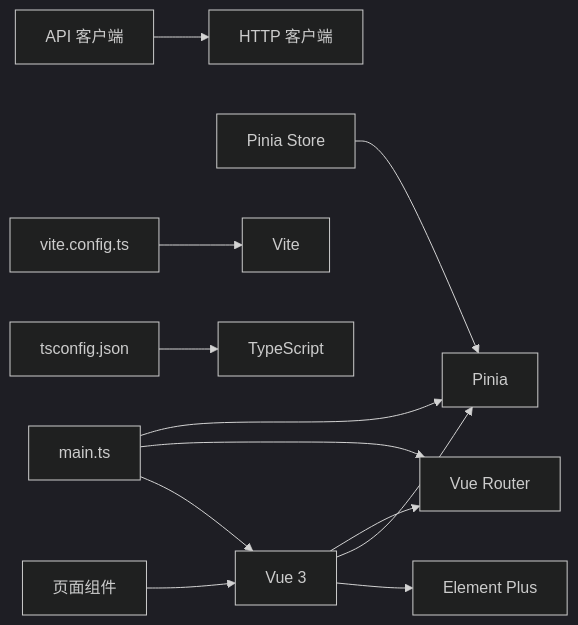
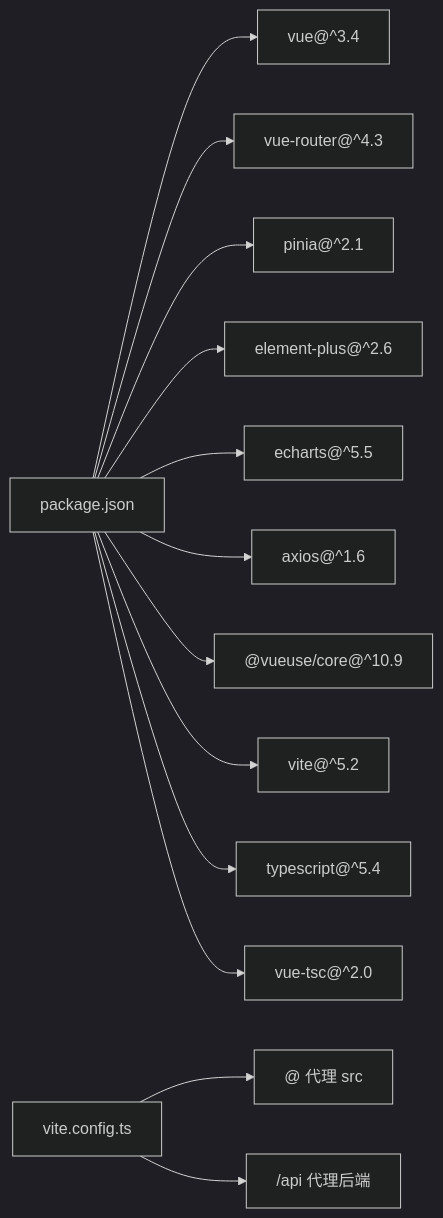
One commit to We3le7/stock-view changed the tenth of 10 diagrams in .qoder/repowiki/zh/content/前端开发/前端开发.md. Above: the diagram before and after it, drawn with Mermaid (dark theme). The commit also changed other lines of this file and 142 other files, not shown here.

````diff
--- a/.qoder/repowiki/zh/content/前端开发/前端开发.md
+++ b/.qoder/repowiki/zh/content/前端开发/前端开发.md
@@ -336,14 +384,15 @@
 ```mermaid
 graph LR
-VUE["Vue 3"] --> EP["Element Plus"]
-VUE --> PINIA["Pinia"]
-VUE --> ROUTER["Vue Router"]
-MAIN["main.ts"] --> VUE
-MAIN --> ROUTER
-MAIN --> PINIA
-PAGE["页面组件"] --> VUE
-STORE["Pinia Store"] --> PINIA
-API["API 客户端"] --> AXIOS["HTTP 客户端"]
-BUILD["vite.config.ts"] --> VITE["Vite"]
-TS["tsconfig.json"] --> TSC["TypeScript"]
+P["package.json"] --> VUE["vue@^3.4"]
+P --> ROUTER["vue-router@^4.3"]
+P --> PINIA["pinia@^2.1"]
+P --> EP["element-plus@^2.6"]
+P --> ECH["echarts@^5.5"]
+P --> AX["axios@^1.6"]
+P --> USE["@vueuse/core@^10.9"]
+P --> VITE["vite@^5.2"]
+P --> TS["typescript@^5.4"]
+P --> TSC["vue-tsc@^2.0"]
+CFG["vite.config.ts"] --> ALIAS["@ 代理 src"]
+CFG --> PROXY["/api 代理后端"]
 ```
````
